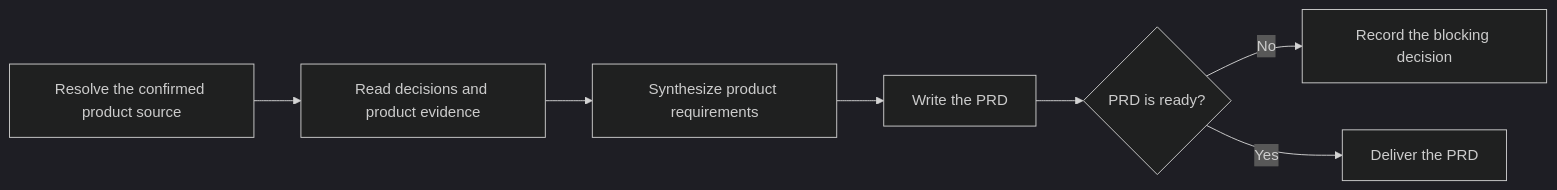
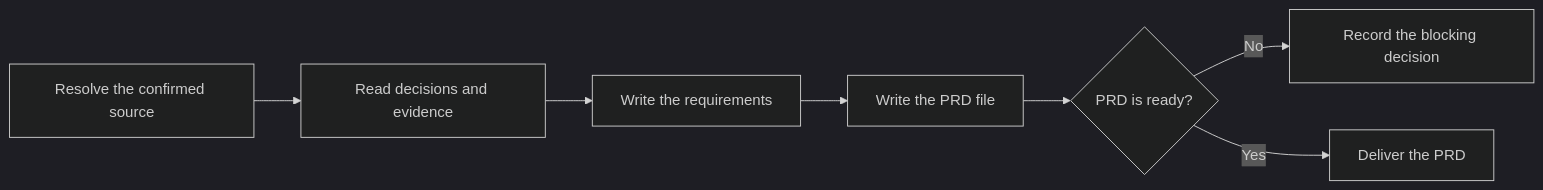
Before and after one commit to fam-tung-lam/ptlam-agent-plugin: the diagram in plugin/skills/ptlam-creating-prd/SKILL.md, drawn with Mermaid (dark theme). The commit also changed other lines of this file and 1734 other files, not shown here.

````diff
--- a/plugin/skills/ptlam-creating-prd/SKILL.md
+++ b/plugin/skills/ptlam-creating-prd/SKILL.md
@@ -12,9 +12,9 @@
 ```mermaid
 flowchart LR
-    ResolveSource["Resolve the confirmed product source"] --> ReadEvidence["Read decisions and product evidence"]
-    ReadEvidence --> SynthesizeRequirements["Synthesize product requirements"]
-    SynthesizeRequirements --> WritePrd["Write the PRD"]
+    ResolveSource["Resolve the confirmed source"] --> ReadEvidence["Read decisions and evidence"]
+    ReadEvidence --> SynthesizeRequirements["Write the requirements"]
+    SynthesizeRequirements --> WritePrd["Write the PRD file"]
     WritePrd --> ReadinessCheck{"PRD is ready?"}
     ReadinessCheck -->|"No"| RecordBlocker["Record the blocking decision"]
     ReadinessCheck -->|"Yes"| DeliverPrd["Deliver the PRD"]
 ```
````
